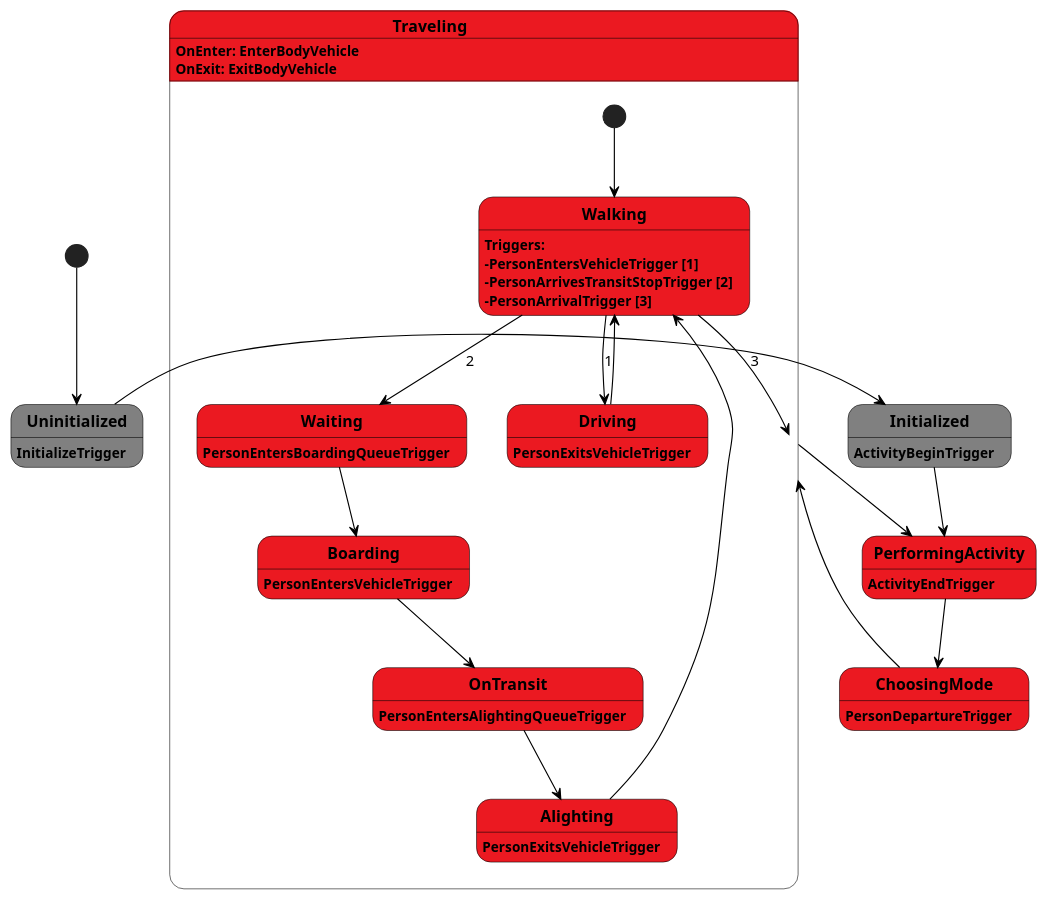
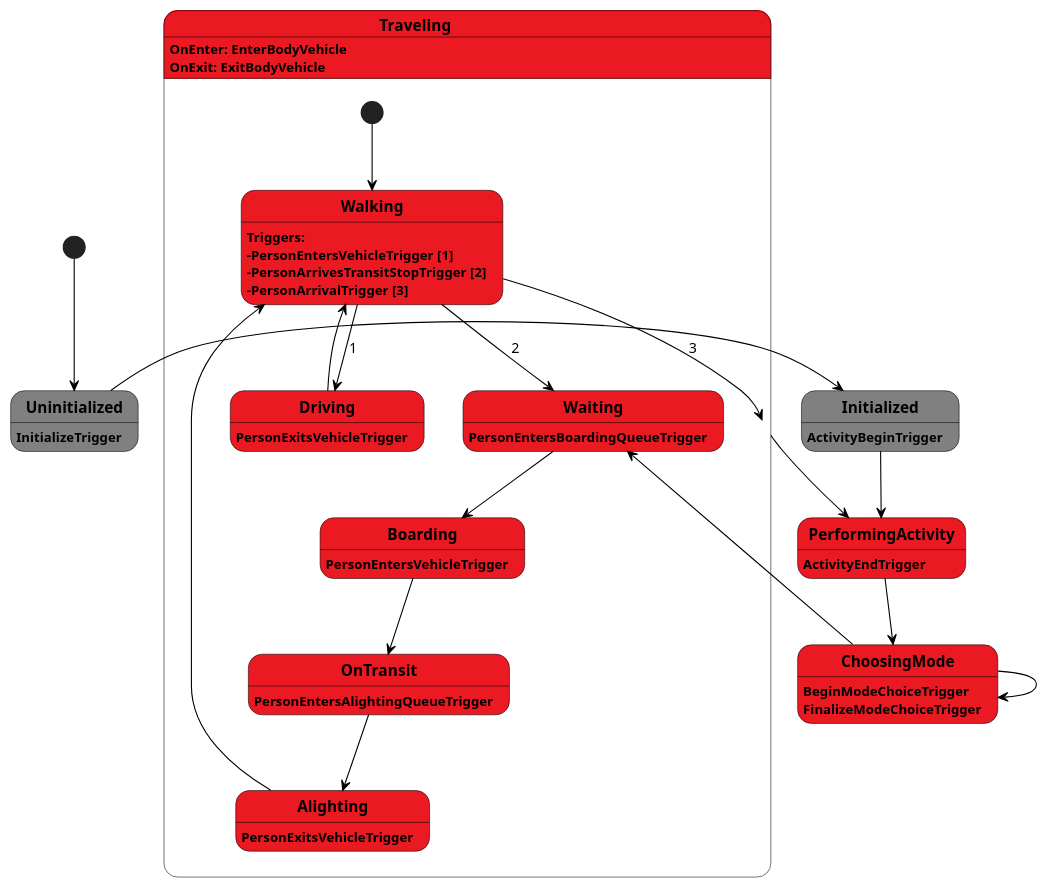
One commit to LBNL-UCB-STI/beam changed the diagram in docs/uml/PersonAgentFSM.puml. Above: the diagram before and after it, drawn with PlantUML. The commit also changed 1 other file, not shown here.

```diff
--- a/docs/uml/PersonAgentFSM.puml
+++ b/docs/uml/PersonAgentFSM.puml
@@ -1,73 +1,75 @@
 @startuml
 
 scale 1000 width
 skinparam stateBorderColor #black
 skinparam stateFontStyle bold
 skinparam arrowColor #black
 
 ' BeamAgent: States '
 state Uninitialized #grey
 Uninitialized: InitializeTrigger
 
 state Initialized #grey
 Initialized: ActivityBeginTrigger
 
 'BeamAgent Transitions'
 [*] --> Uninitialized
 Uninitialized -> Initialized
 
 ''''''''''''''''''''''''''
 ' PersonAgent States'
 ''''''''''''''''''''''''''
 state PerformingActivity #eb1921
 PerformingActivity: ActivityEndTrigger
 
 state ChoosingMode #eb1921
-ChoosingMode: PersonDepartureTrigger
+ChoosingMode: BeginModeChoiceTrigger
+ChoosingMode: FinalizeModeChoiceTrigger
 
 state Traveling #eb1921{
     Traveling: OnEnter: EnterBodyVehicle
     Traveling: OnExit: ExitBodyVehicle
 
     state Walking #eb1921{
         Walking: Triggers:
         Walking: -PersonEntersVehicleTrigger [1]
         Walking: -PersonArrivesTransitStopTrigger [2]
         Walking: -PersonArrivalTrigger [3]
     }
     state Driving #eb1921{
         Driving: PersonExitsVehicleTrigger
     }
     state Waiting #eb1921{
         Waiting: PersonEntersBoardingQueueTrigger
     }
     state Boarding #eb1921{
         Boarding: PersonEntersVehicleTrigger
     }
     state OnTransit #eb1921{
         OnTransit: PersonEntersAlightingQueueTrigger
     }
     state Alighting #eb1921{
         Alighting: PersonExitsVehicleTrigger
     }
 
     [*] --> Walking
     Walking --> Driving: 1
     Walking --> Waiting: 2
     Waiting --> Boarding
     Boarding --> OnTransit
     OnTransit --> Alighting
     Alighting --> Walking
     Driving --> Walking
 }
 
 ''''''''''''''''''''''''''
 ' PersonAgent Transitions'
 ''''''''''''''''''''''''''
 Initialized --> PerformingActivity
 PerformingActivity --> ChoosingMode
 Traveling --> PerformingActivity
-ChoosingMode --> Traveling
+ChoosingMode --> ChoosingMode
+ChoosingMode --> Waiting
 Walking --> Traveling: 3
 
 @enduml
```
